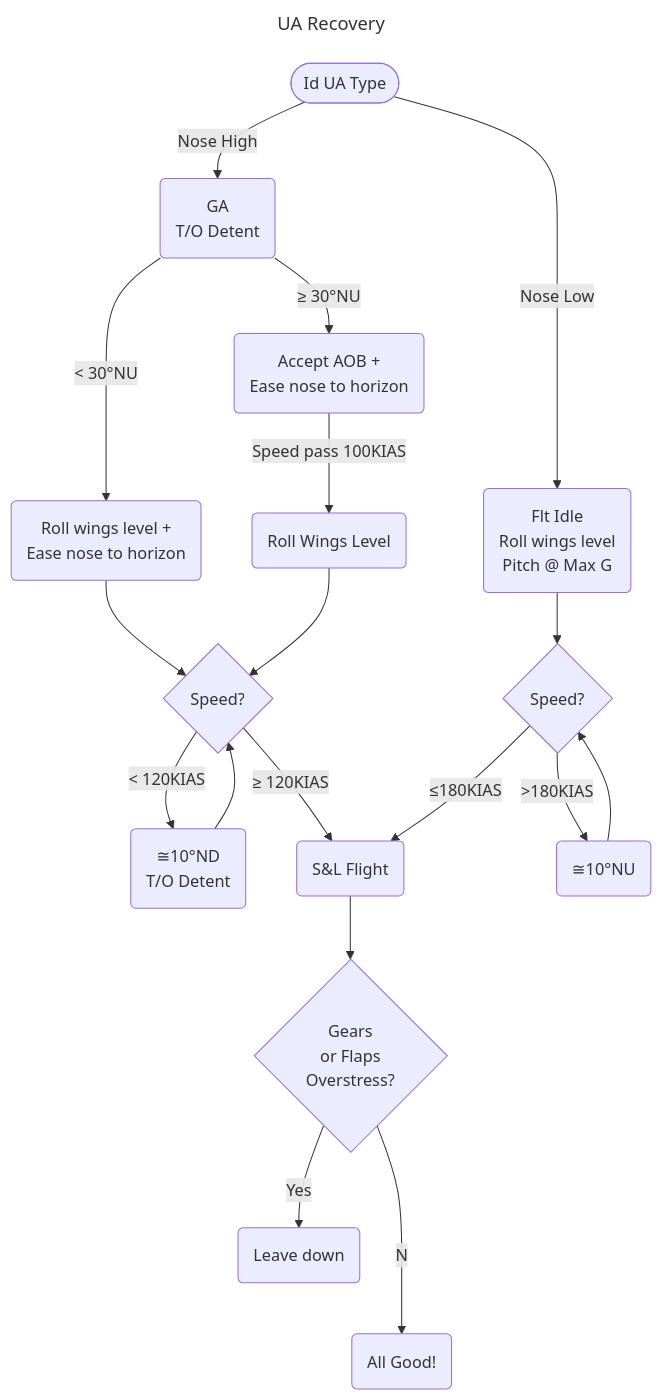
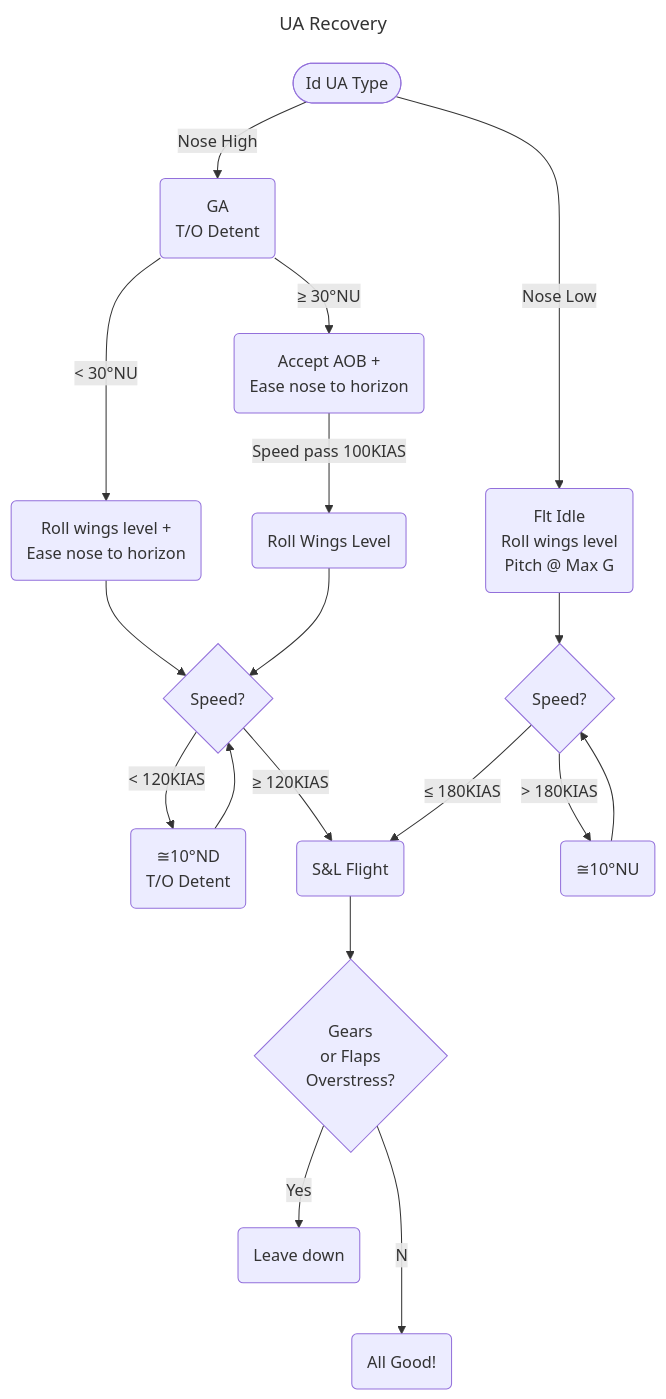
One commit to skie97/fokker50 changed the diagram in README.md. Above: the diagram before and after it, drawn with Mermaid.

Commit message:
fixed > symbol with html code

````diff
--- a/README.md
+++ b/README.md
@@ -3,30 +3,30 @@
 ``` mermaid
 ---
 title: UA Recovery
 ---
 flowchart TD
 A([Id UA Type])--Nose High-->B
 A--Nose Low-->C
 B("GA
 T/O Detent")--"< 30°NU"-->D
 D("Roll wings level +
 Ease nose to horizon")-->F
 F{Speed?}--"< 120KIAS"-->G("≅10°ND
 T/O Detent")-->F
 F--"≥ 120KIAS"-->H("S&L Flight")
 B--"≥ 30°NU"-->E
 E("Accept AOB +
 Ease nose to horizon")--Speed pass 100KIAS-->I
 I("Roll Wings Level")-->F
 C("Flt Idle
 Roll wings level
 Pitch @ Max G")-->J{"Speed?"}
-J--">180KIAS"-->K("≅10°NU")
+J--"#62; 180KIAS"-->K("≅10°NU")
 K-->J
-J--"≤180KIAS"-->H
+J--"≤ 180KIAS"-->H
 H-->L{"Gears
 or Flaps
 Overstress?"}
 L--Yes-->M("Leave down")
 L--No-->N("All Good!")
 ```
````
